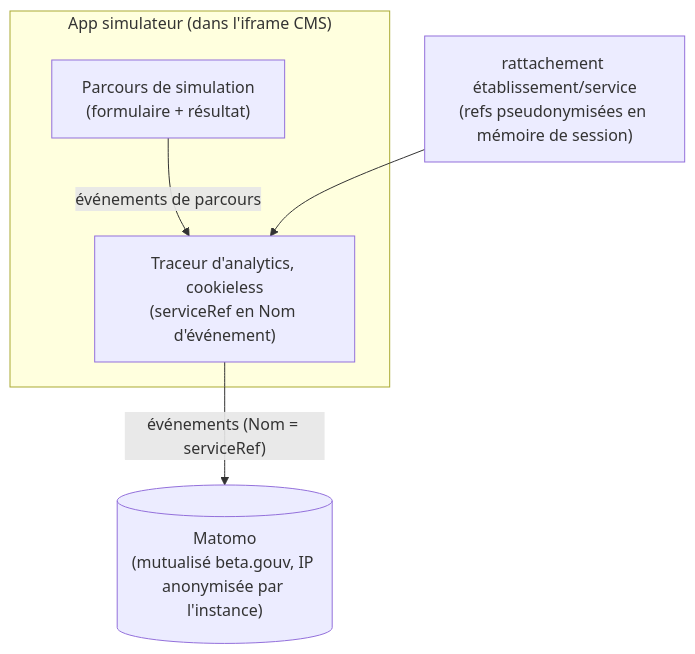
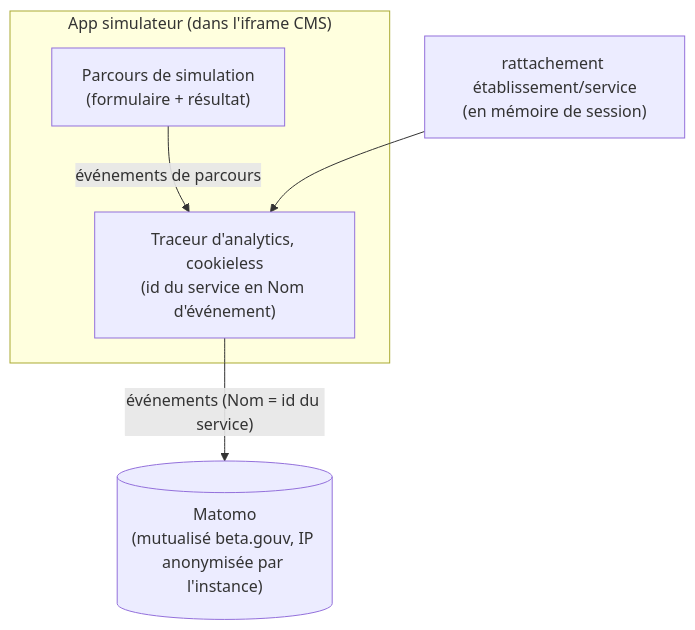
The diagram in apps/simulateur-eligibilite/docs/knowledge/adr/analytics.md (betagouv/transports-sanitaires), drawn with Mermaid before and after one commit. The commit also changed other lines of this file and 3 other files, not shown here.

````diff
--- a/apps/simulateur-eligibilite/docs/knowledge/adr/analytics.md
+++ b/apps/simulateur-eligibilite/docs/knowledge/adr/analytics.md
@@ -144,12 +148,12 @@
 ```mermaid
 flowchart TB
     subgraph simu["App simulateur (dans l'iframe CMS)"]
         parcours["Parcours de simulation<br/>(formulaire + résultat)"]
-        traceur["Traceur d'analytics, cookieless<br/>(serviceRef en Nom d'événement)"]
+        traceur["Traceur d'analytics, cookieless<br/>(id du service en Nom d'événement)"]
         parcours -->|"événements de parcours"| traceur
     end
     matomo[("Matomo<br/>(mutualisé beta.gouv, IP anonymisée par l'instance)")]
 
-    rattachement["rattachement établissement/service<br/>(refs pseudonymisées en mémoire de session)"] --> traceur
-    traceur -->|"événements (Nom = serviceRef)"| matomo
+    rattachement["rattachement établissement/service<br/>(en mémoire de session)"] --> traceur
+    traceur -->|"événements (Nom = id du service)"| matomo
 ```
````
